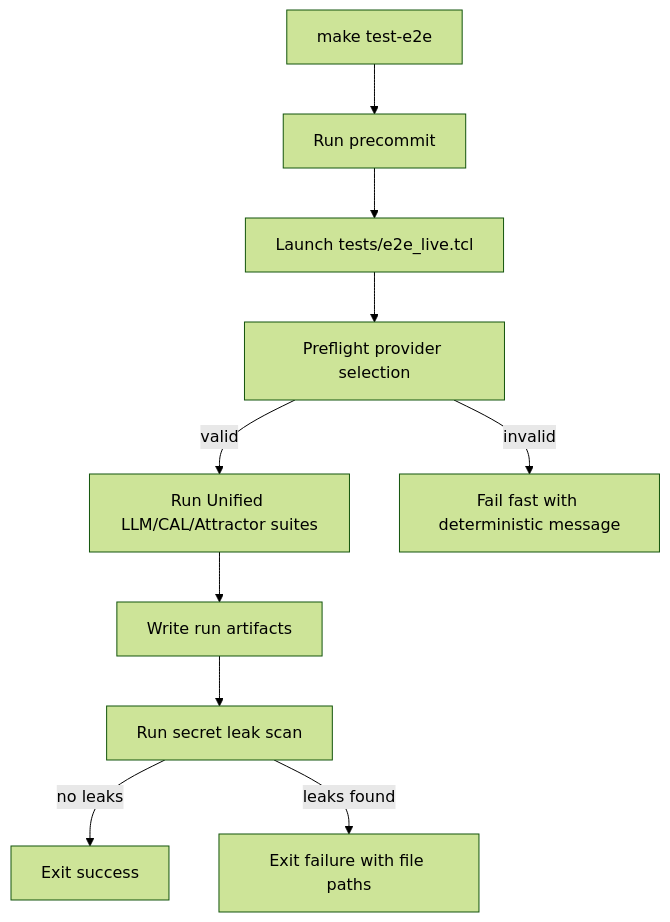
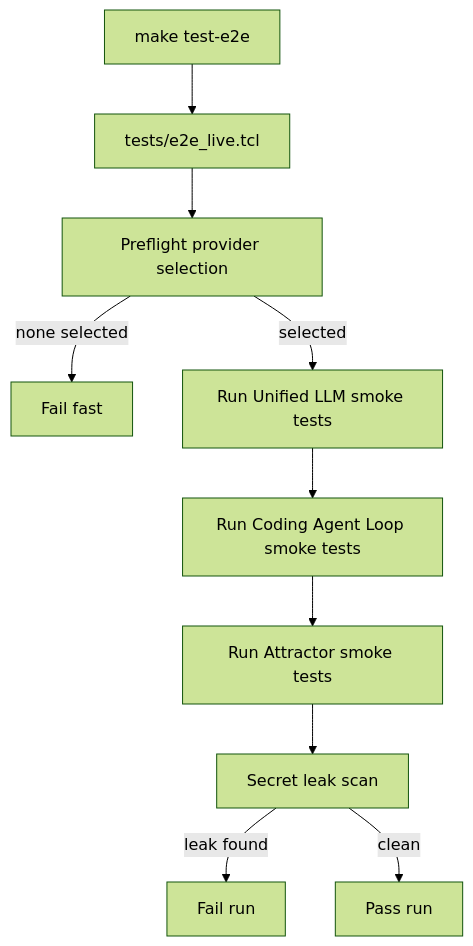
The third of 5 diagrams in docs/sprints/SPRINT-004-comprehensive-implementation-plan.md (jaytaylor/attractor-tcl), drawn with Mermaid (forest theme) before and after one commit. The commit also changed other lines of this file, not shown here.

Commit message:
docs: sync sprint 004 comprehensive plan to verified complete state

````diff
--- a/docs/sprints/SPRINT-004-comprehensive-implementation-plan.md
+++ b/docs/sprints/SPRINT-004-comprehensive-implementation-plan.md
@@ -1140,12 +1331,13 @@
 ```mermaid
+%% Source: .scratch/diagrams/sprint-004/implementation-plan/workflow.mmd
 flowchart TD
-  A[make test-e2e] --> B[Run precommit]
-  B --> C[Launch tests/e2e_live.tcl]
-  C --> D[Preflight provider selection]
-  D -->|valid| E[Run Unified LLM/CAL/Attractor suites]
-  D -->|invalid| F[Fail fast with deterministic message]
-  E --> G[Write run artifacts]
-  G --> H[Run secret leak scan]
-  H -->|no leaks| I[Exit success]
-  H -->|leaks found| J[Exit failure with file paths]
+  A[make test-e2e] --> B[tests/e2e_live.tcl]
+  B --> C[Preflight provider selection]
+  C -->|none selected| D[Fail fast]
+  C -->|selected| E[Run Unified LLM smoke tests]
+  E --> F[Run Coding Agent Loop smoke tests]
+  F --> G[Run Attractor smoke tests]
+  G --> H[Secret leak scan]
+  H -->|leak found| I[Fail run]
+  H -->|clean| J[Pass run]
 ```
````
